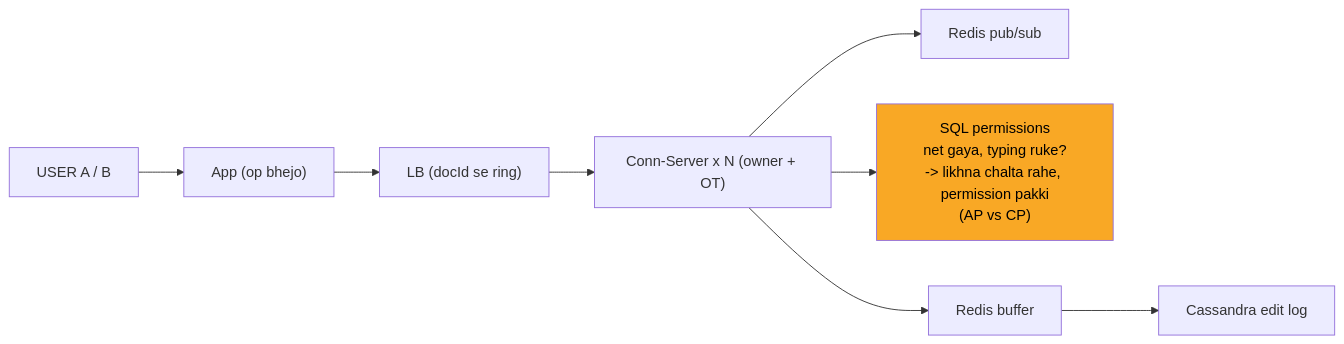
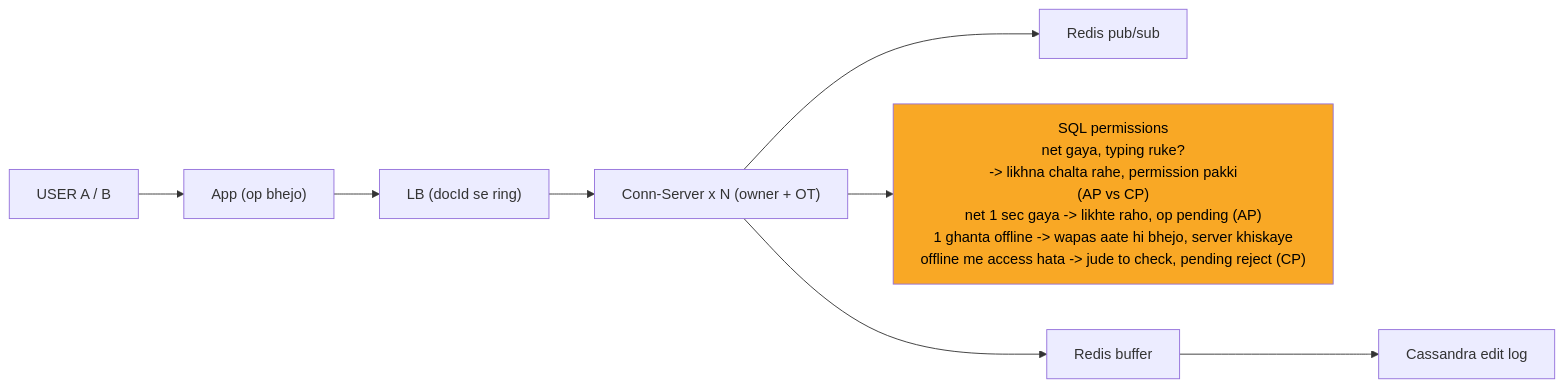
The eighth of 10 diagrams in 04_HLD/SYSTEM_DESIGNS/11_google_docs_collab/11_google_docs_collab.md (ArpanMaheshwari144/Prep), drawn with Mermaid before and after one commit. The commit also changed other lines of this file and 12 other files, not shown here.

Commit message:
hld 02-14: peele dabbe me SAFAR ke mod + diagram chauda (wrappingWidth 450)

````diff
--- a/04_HLD/SYSTEM_DESIGNS/11_google_docs_collab/11_google_docs_collab.md
+++ b/04_HLD/SYSTEM_DESIGNS/11_google_docs_collab/11_google_docs_collab.md
@@ -295,19 +302,20 @@
 ```mermaid
+%%{init: {"flowchart": {"wrappingWidth": 450}}}%%
 flowchart LR
     n_USER["USER A / B"]
     n_App["App (op bhejo)"]
     n_LB["LB (docId se ring)"]
     n_Conn_Server_xN["Conn-Server x N (owner + OT)"]
     n_PS["Redis pub/sub"]
-    n_SQL["SQL permissions<br/>net gaya, typing ruke?<br/>-> likhna chalta rahe, permission pakki<br/>(AP vs CP)"]
+    n_SQL["SQL permissions<br/>net gaya, typing ruke?<br/>-> likhna chalta rahe, permission pakki<br/>(AP vs CP)<br/>net 1 sec gaya -> likhte raho, op pending (AP)<br/>1 ghanta offline -> wapas aate hi bhejo, server khiskaye<br/>offline me access hata -> jude to check, pending reject (CP)"]
     n_BUF["Redis buffer"]
     n_CAS["Cassandra edit log"]
     n_USER --> n_App
     n_App --> n_LB
     n_LB --> n_Conn_Server_xN
     n_Conn_Server_xN --> n_PS
     n_Conn_Server_xN --> n_BUF
     n_Conn_Server_xN --> n_SQL
     n_BUF --> n_CAS
     style n_SQL fill:#f9a825,color:#000
 ```
````
